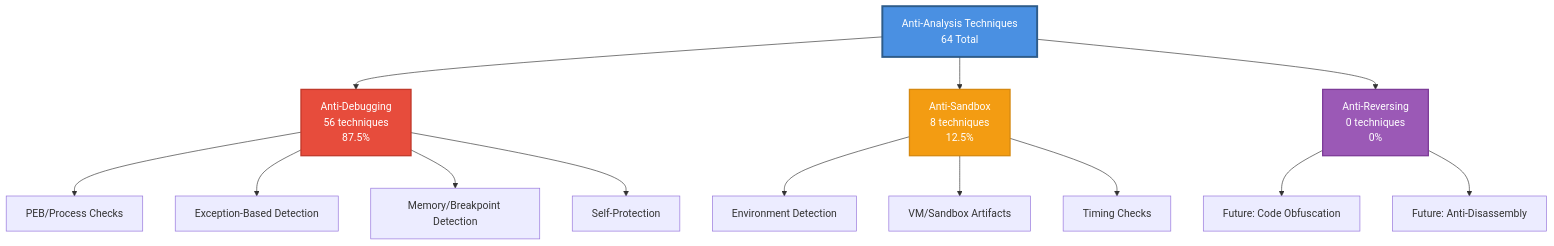
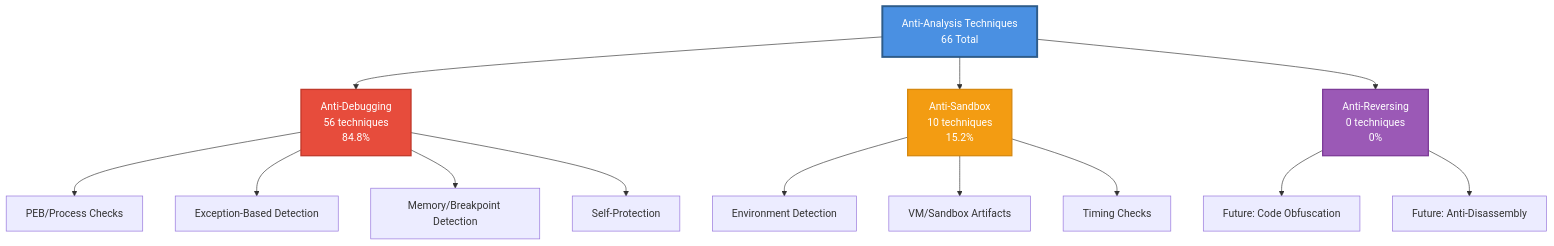
Before and after one commit to mabj/anti: the diagram in README.md, drawn with Mermaid. The commit also changed other lines of this file and 12 other files, not shown here.

Commit message:
Adding 2 time-based anti-sandbox techniques AS007 and AS010

````diff
--- a/README.md
+++ b/README.md
@@ -68,23 +68,23 @@
 ```mermaid
 graph TB
-    A[Anti-Analysis Techniques<br/>64 Total] --> B[Anti-Debugging<br/>56 techniques<br/>87.5%]
-    A --> C[Anti-Sandbox<br/>8 techniques<br/>12.5%]
+    A[Anti-Analysis Techniques<br/>66 Total] --> B[Anti-Debugging<br/>56 techniques<br/>84.8%]
+    A --> C[Anti-Sandbox<br/>10 techniques<br/>15.2%]
     A --> D[Anti-Reversing<br/>0 techniques<br/>0%]
 
     B --> B1[PEB/Process Checks]
     B --> B2[Exception-Based Detection]
     B --> B3[Memory/Breakpoint Detection]
     B --> B4[Self-Protection]
 
     C --> C1[Environment Detection]
     C --> C2[VM/Sandbox Artifacts]
     C --> C3[Timing Checks]
 
     D --> D1[Future: Code Obfuscation]
     D --> D2[Future: Anti-Disassembly]
 
     style A fill:#4A90E2,stroke:#2E5C8A,stroke-width:3px,color:#fff
     style B fill:#E74C3C,stroke:#C0392B,stroke-width:2px,color:#fff
     style C fill:#F39C12,stroke:#D68910,stroke-width:2px,color:#fff
     style D fill:#9B59B6,stroke:#7D3C98,stroke-width:2px,color:#fff
 ```
````
